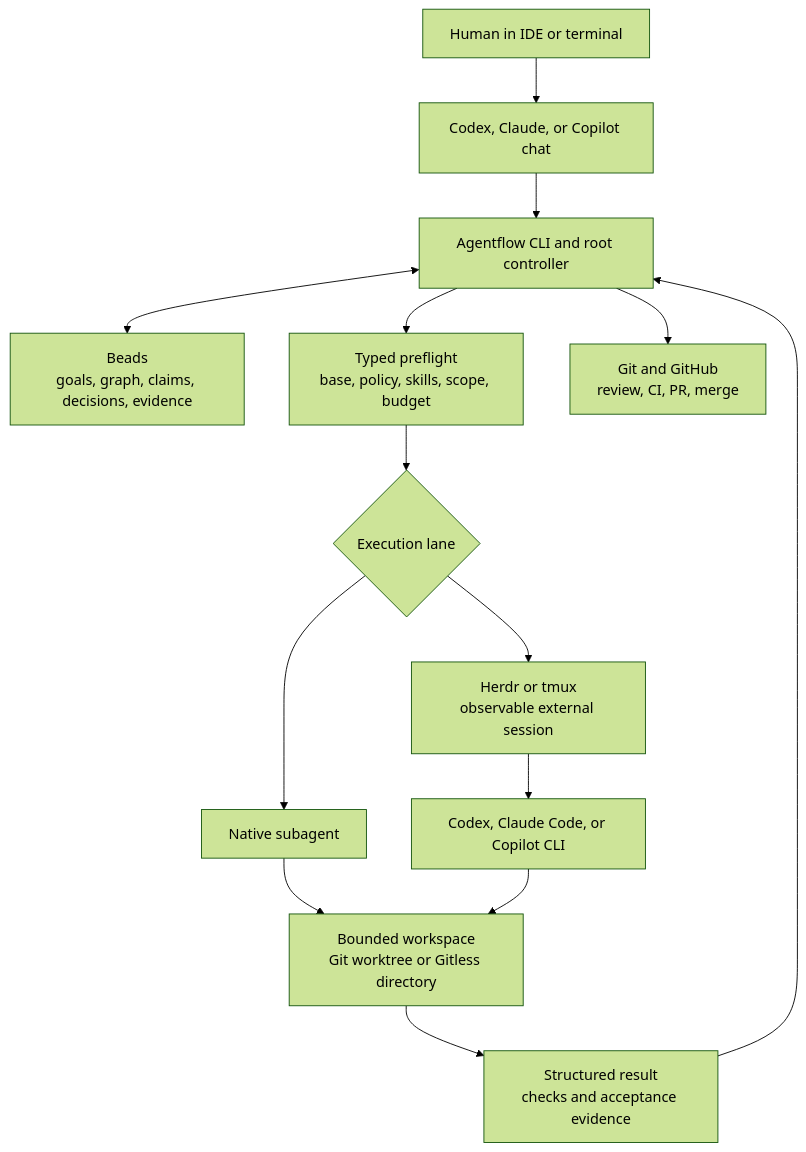
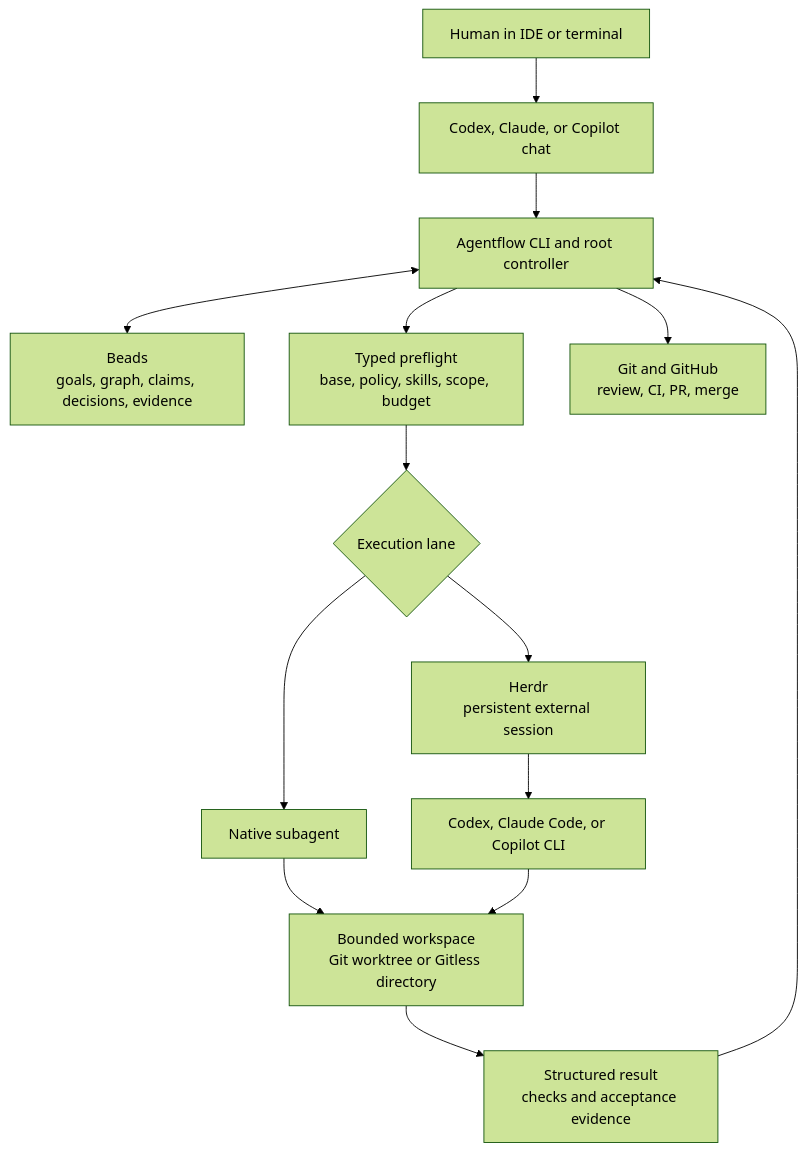
One commit to saintdle/agentflow changed the diagram in README.md. Above: the diagram before and after it, drawn with Mermaid (forest theme). The commit also changed other lines of this file and 10 other files, not shown here.

````diff
--- a/README.md
+++ b/README.md
@@ -62,20 +62,20 @@
 ```mermaid
 flowchart TB
     Human["Human in IDE or terminal"] --> Chat["Codex, Claude, or Copilot chat"]
     Chat --> AF["Agentflow CLI and root controller"]
 
     AF <--> Beads["Beads<br/>goals, graph, claims, decisions, evidence"]
     AF --> Preflight["Typed preflight<br/>base, policy, skills, scope, budget"]
     Preflight --> Lane{"Execution lane"}
 
     Lane --> Native["Native subagent"]
-    Lane --> Herdr["Herdr or tmux<br/>observable external session"]
+    Lane --> Herdr["Herdr<br/>persistent external session"]
     Herdr --> Providers["Codex, Claude Code, or Copilot CLI"]
 
     Native --> Work["Bounded workspace<br/>Git worktree or Gitless directory"]
     Providers --> Work
     Work --> Result["Structured result<br/>checks and acceptance evidence"]
     Result --> AF
 
     AF --> Git["Git and GitHub<br/>review, CI, PR, merge"]
 ```
````
